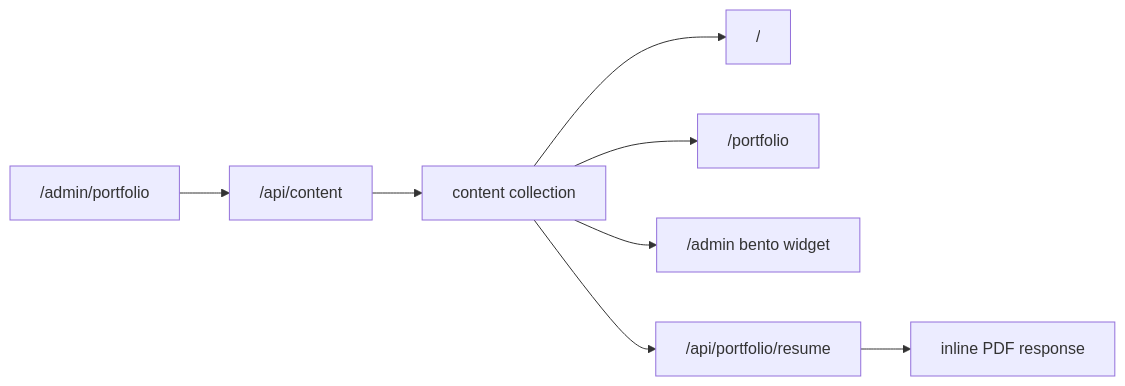
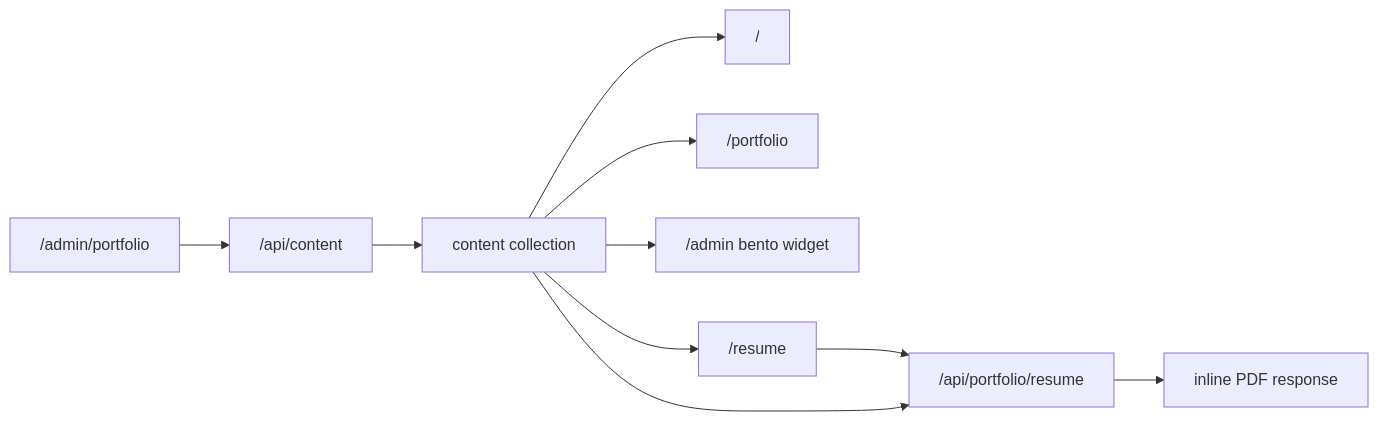
Before and after one commit to manthanmtg/LifeOS: the diagram in src/modules/portfolio/README.md, drawn with Mermaid. The commit also changed other lines of this file, not shown here.

First line of the commit message:
docs(portfolio): document resume viewer flow

````diff
--- a/src/modules/portfolio/README.md
+++ b/src/modules/portfolio/README.md
@@ -69,10 +70,12 @@
 ```mermaid
 flowchart LR
   Admin["/admin/portfolio"] --> ContentAPI["/api/content"]
   ContentAPI --> Content["content collection"]
   Content --> PublicHome["/"]
   Content --> PublicModule["/portfolio"]
   Content --> Widget["/admin bento widget"]
-  Content --> ResumeAPI["/api/portfolio/resume"]
+  Content --> ResumePage["/resume"]
+  ResumePage --> ResumeAPI["/api/portfolio/resume"]
+  Content --> ResumeAPI
   ResumeAPI --> Browser["inline PDF response"]
 ```
````
